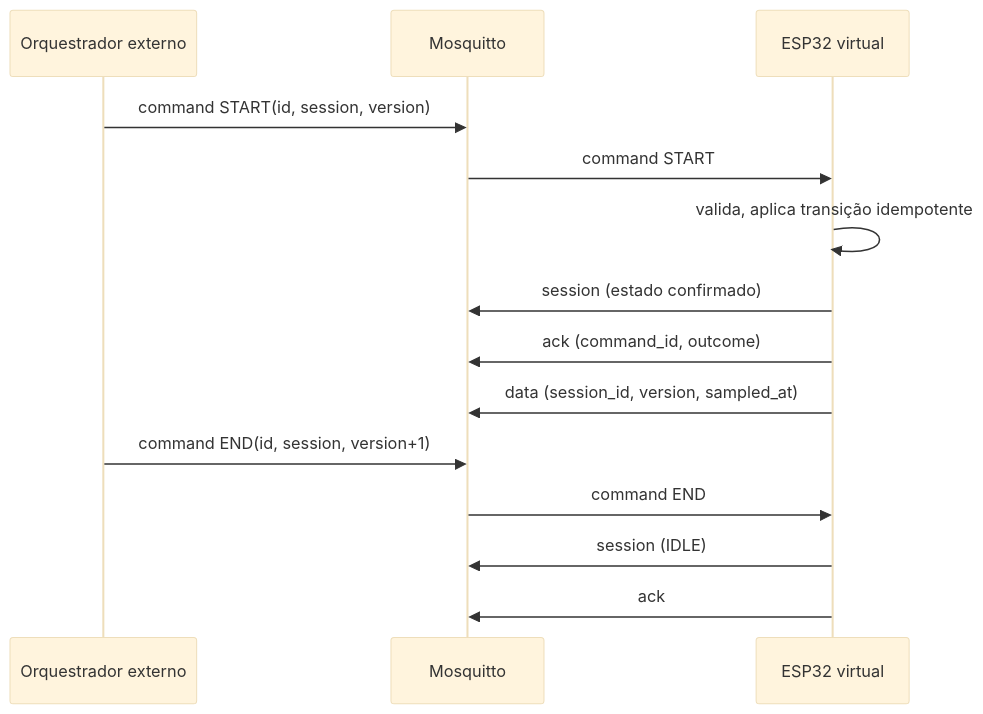
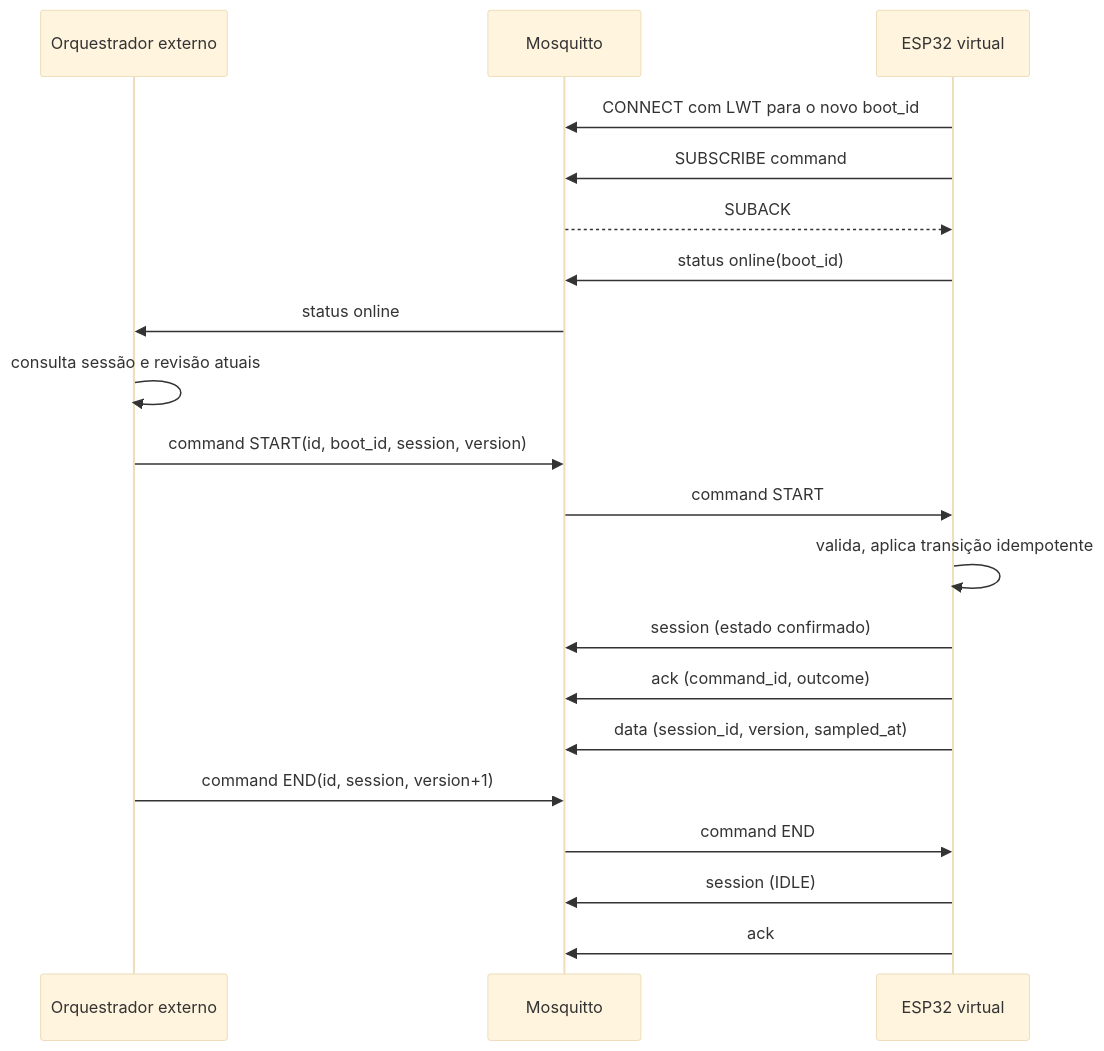
One commit to joaorodrigues12/esp32-fleet-simulator-mqtt changed the second of 2 diagrams in docs/architecture.md. Above: the diagram before and after it, drawn with Mermaid (base theme). The commit also changed other lines of this file and 3 other files, not shown here.

````diff
--- a/docs/architecture.md
+++ b/docs/architecture.md
@@ -86,16 +87,22 @@
 ```mermaid
 sequenceDiagram
   participant Control as Orquestrador externo
   participant Broker as Mosquitto
   participant Device as ESP32 virtual
-  Control->>Broker: command START(id, session, version)
+  Device->>Broker: CONNECT com LWT para o novo boot_id
+  Device->>Broker: SUBSCRIBE command
+  Broker-->>Device: SUBACK
+  Device->>Broker: status online(boot_id)
+  Broker->>Control: status online
+  Control->>Control: consulta sessão e revisão atuais
+  Control->>Broker: command START(id, boot_id, session, version)
   Broker->>Device: command START
   Device->>Device: valida, aplica transição idempotente
   Device->>Broker: session (estado confirmado)
   Device->>Broker: ack (command_id, outcome)
   Device->>Broker: data (session_id, version, sampled_at)
   Control->>Broker: command END(id, session, version+1)
   Broker->>Device: command END
   Device->>Broker: session (IDLE)
   Device->>Broker: ack
 ```
````
